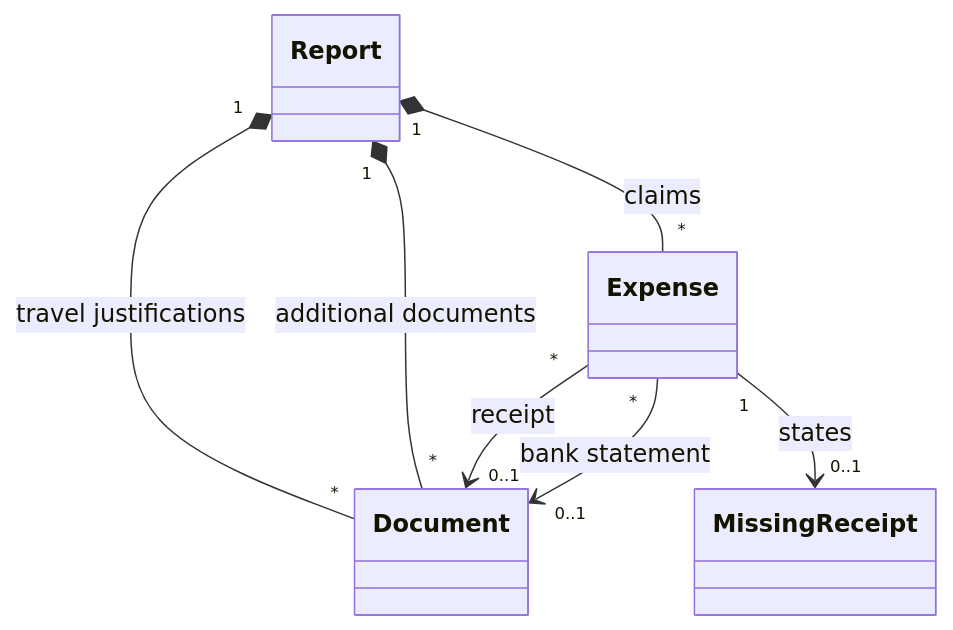
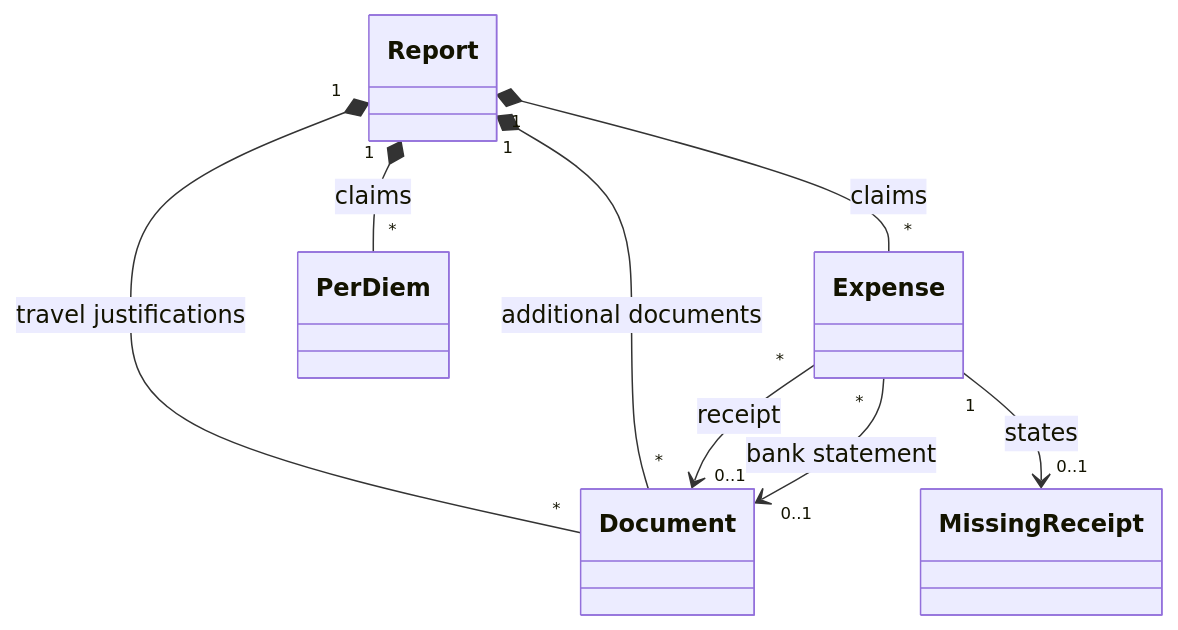
One commit to mosser/macreport changed the diagram in docs/specs/domain-model.md. Above: the diagram before and after it, drawn with Mermaid. The commit also changed other lines of this file and 3 other files, not shown here.

````diff
--- a/docs/specs/domain-model.md
+++ b/docs/specs/domain-model.md
@@ -70,9 +75,10 @@
 ```mermaid
 classDiagram
   Report "1" *-- "*" Expense : claims
+  Report "1" *-- "*" PerDiem : claims
   Report "1" *-- "*" Document : travel justifications
   Report "1" *-- "*" Document : additional documents
   Expense "*" --> "0..1" Document : receipt
   Expense "*" --> "0..1" Document : bank statement
   Expense "1" --> "0..1" MissingReceipt : states
 ```
````
